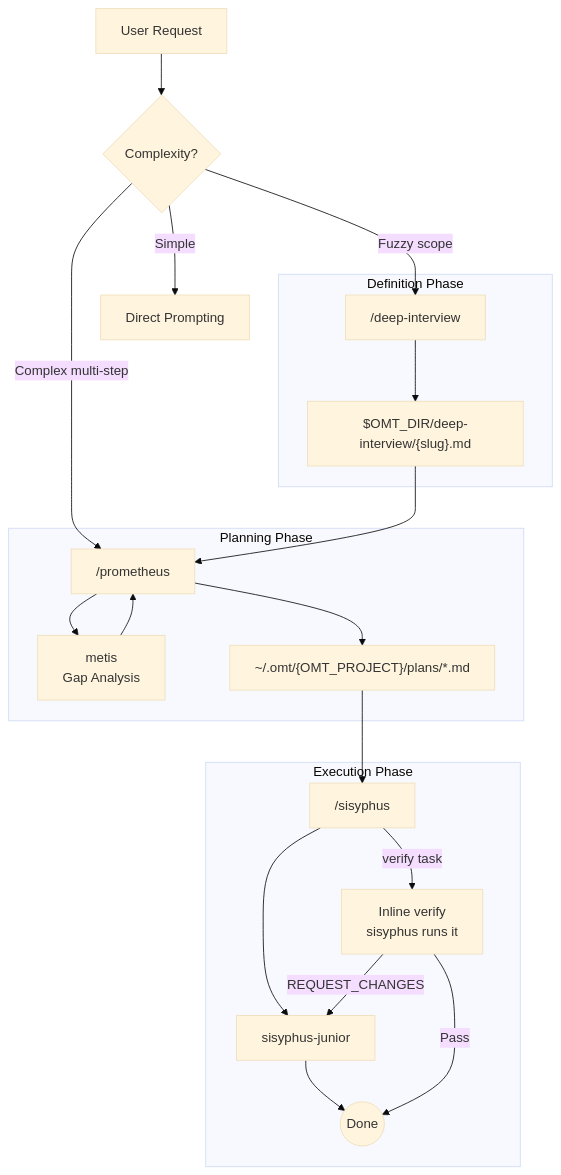
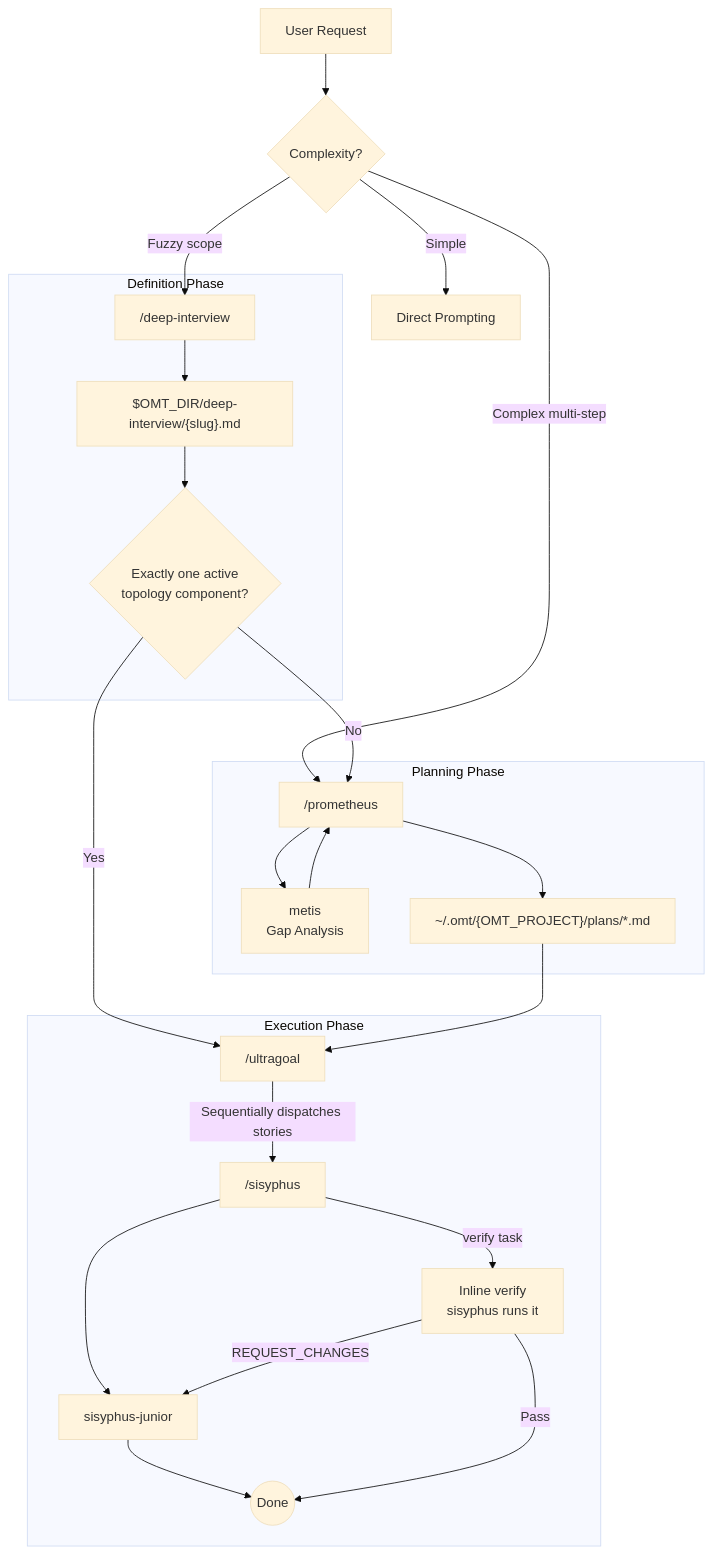
One commit to toongri/oh-my-toong-playground changed the diagram in docs/ORCHESTRATION.en.md. Above: the diagram before and after it, drawn with Mermaid (base theme). The commit also changed other lines of this file and 5 other files, not shown here.

````diff
--- a/docs/ORCHESTRATION.en.md
+++ b/docs/ORCHESTRATION.en.md
@@ -50,28 +51,31 @@
 ```mermaid
 flowchart TD
     User[User Request] --> Decision{Complexity?}
 
     Decision -->|Simple| Direct[Direct Prompting]
     Decision -->|Fuzzy scope| DeepInterview["/deep-interview"]
     Decision -->|Complex multi-step| Prometheus
 
     subgraph Definition Phase
         DeepInterview --> SpecFile["$OMT_DIR/deep-interview/{slug}.md"]
+        SpecFile --> Route{Exactly one active<br/>topology component?}
     end
 
     subgraph Planning Phase
-        SpecFile --> Prometheus["/prometheus"]
+        Route -->|No| Prometheus["/prometheus"]
         Prometheus --> Metis[metis<br/>Gap Analysis]
         Metis --> Prometheus
         Prometheus --> PlanFile["~/.omt/{OMT_PROJECT}/plans/*.md"]
     end
 
     subgraph Execution Phase
-        PlanFile --> Sisyphus["/sisyphus"]
+        Route -->|Yes| Ultragoal["/ultragoal"]
+        PlanFile --> Ultragoal
+        Ultragoal -->|Sequentially dispatches stories| Sisyphus["/sisyphus"]
         Sisyphus --> Junior[sisyphus-junior]
         Junior --> Done((Done))
         Sisyphus -->|verify task| QA[Inline verify<br/>sisyphus runs it]
         QA -->|Pass| Done
         QA -->|REQUEST_CHANGES| Junior
     end
 ```
````
